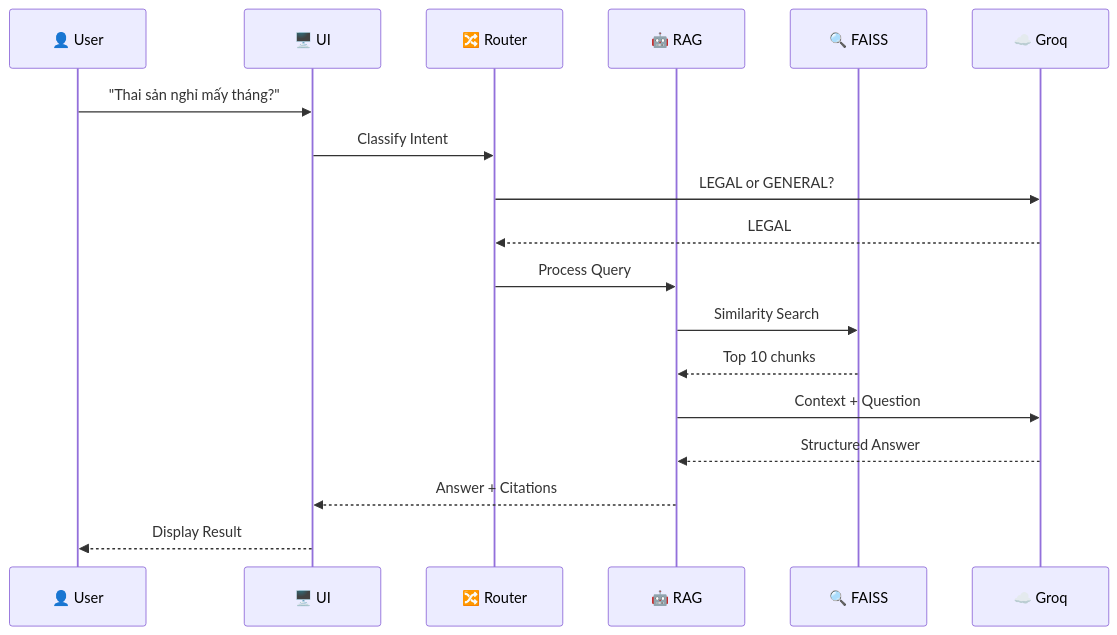
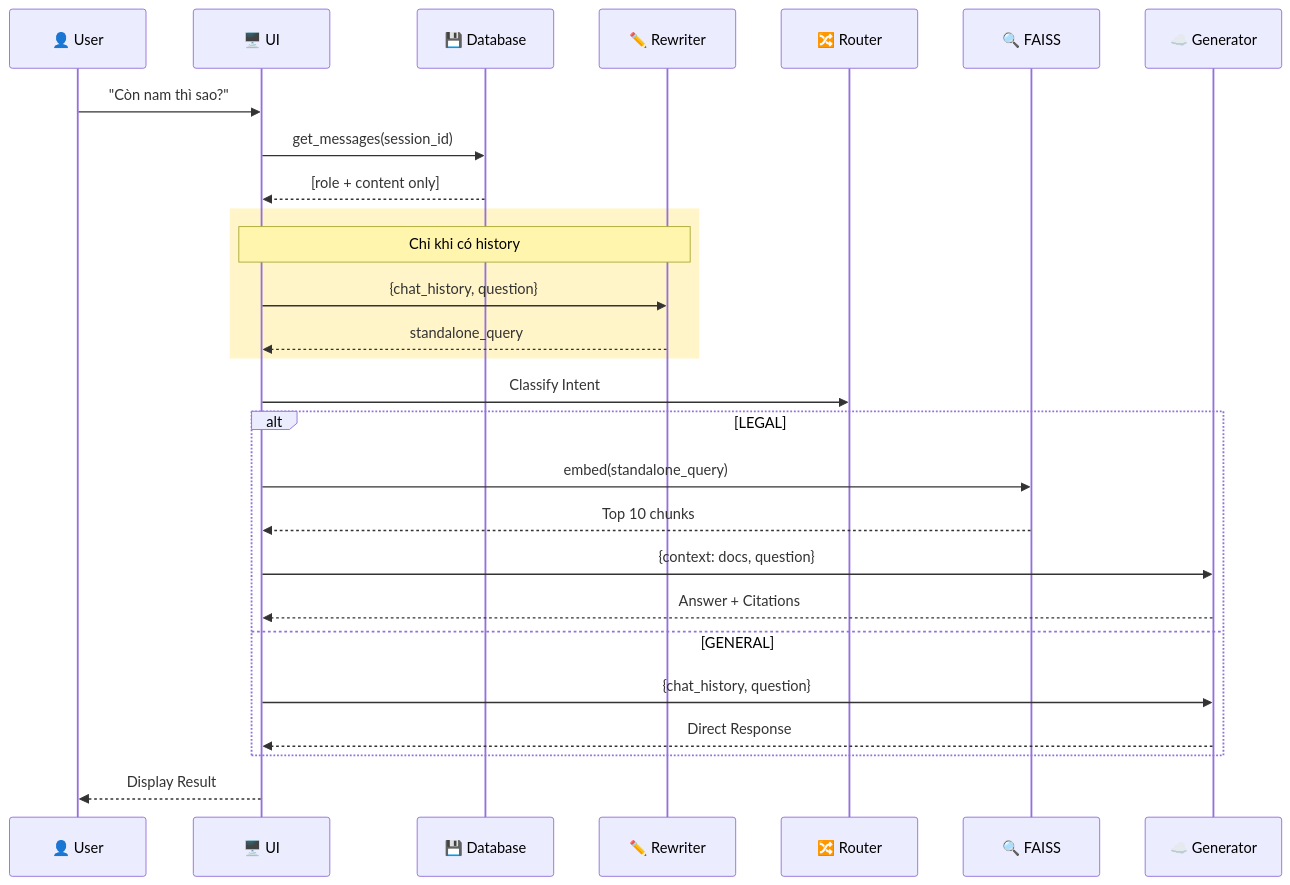
The second of 2 diagrams in presentation_slides/pages/member1.md (doananhhung/chat-bot-law), drawn with Mermaid before and after one commit. The commit also changed other lines of this file and 13 other files, not shown here.

````diff
--- a/presentation_slides/pages/member1.md
+++ b/presentation_slides/pages/member1.md
@@ -130,24 +120,34 @@
 ```mermaid
 sequenceDiagram
     participant User as 👤 User
     participant UI as 🖥️ UI
+    participant DB as 💾 Database
+    participant Rewriter as ✏️ Rewriter
     participant Router as 🔀 Router
-    participant RAG as 🤖 RAG
     participant VDB as 🔍 FAISS
-    participant LLM as ☁️ Groq
+    participant LLM as ☁️ Generator
 
-    User->>UI: "Thai sản nghỉ mấy tháng?"
+    User->>UI: "Còn nam thì sao?"
+    UI->>DB: get_messages(session_id)
+    DB-->>UI: [role + content only]
+    
+    rect rgb(255, 245, 200)
+        Note over UI,Rewriter: Chỉ khi có history
+        UI->>Rewriter: {chat_history, question}
+        Rewriter-->>UI: standalone_query
+    end
+    
     UI->>Router: Classify Intent
-    Router->>LLM: LEGAL or GENERAL?
-    LLM-->>Router: LEGAL
     
-    Router->>RAG: Process Query
-    RAG->>VDB: Similarity Search
-    VDB-->>RAG: Top 10 chunks
+    alt LEGAL
+        UI->>VDB: embed(standalone_query)
+        VDB-->>UI: Top 10 chunks
+        UI->>LLM: {context: docs, question}
+        LLM-->>UI: Answer + Citations
+    else GENERAL
+        UI->>LLM: {chat_history, question}
+        LLM-->>UI: Direct Response
+    end
     
-    RAG->>LLM: Context + Question
-    LLM-->>RAG: Structured Answer
-    
-    RAG-->>UI: Answer + Citations
     UI-->>User: Display Result
 ```
````
